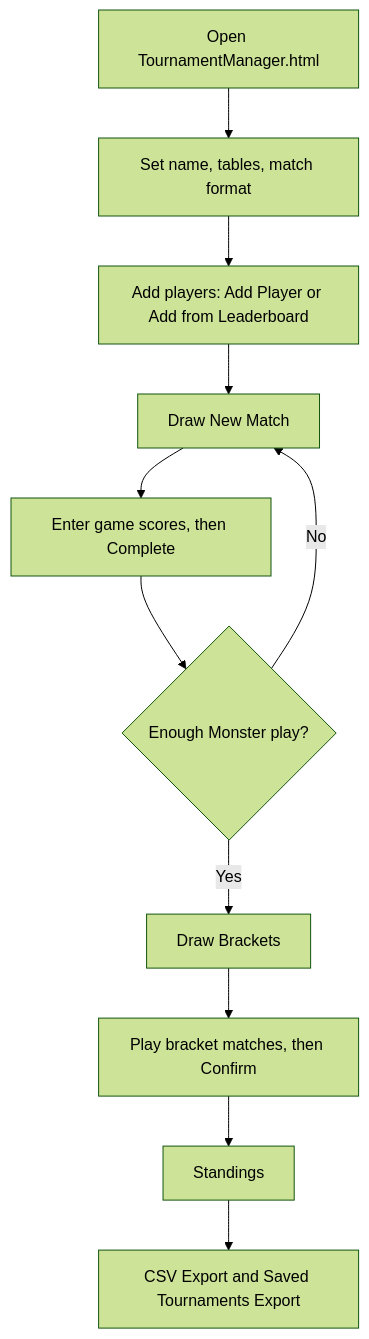
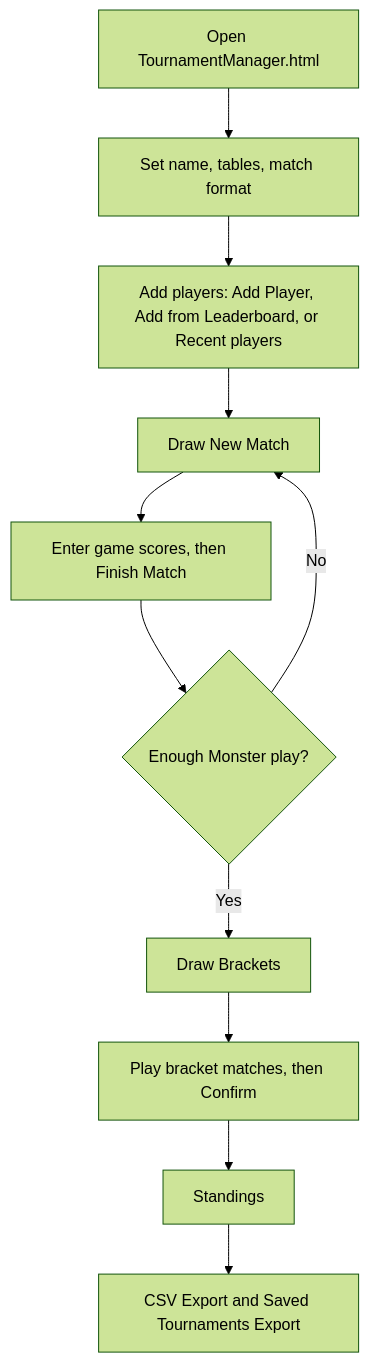
One commit to DT209/foos-tourney changed the second of 5 diagrams in README.md. Above: the diagram before and after it, drawn with Mermaid (forest theme). The commit also changed other lines of this file and 1 other file, not shown here.

Commit message:
Update diagrams for recent players and data validation
README: Roster in the feature map lists recent players; the tournament
night flow mentions them and names the real button (Finish Match, not
'Complete').

Flow.md: page load shows recentTournamentPlayers (memoized) and
knownPlayers; persistence shows the shared readTournamentRecords helper
and that imports with an invalid field are rejected; new 'Adding
players' section covers suggestions, the add-player check, the guest
prompt and the picker's Recent players section. All 15 diagrams render
with mermaid-cli.

````diff
--- a/README.md
+++ b/README.md
@@ -41,13 +42,13 @@
 ```mermaid
 flowchart TD
     A["Open TournamentManager.html"] --> B["Set name, tables, match format"]
-    B --> C["Add players: Add Player or Add from Leaderboard"]
+    B --> C["Add players: Add Player, Add from Leaderboard, or Recent players"]
     C --> D["Draw New Match"]
-    D --> E["Enter game scores, then Complete"]
+    D --> E["Enter game scores, then Finish Match"]
     E --> F{"Enough Monster play?"}
     F -- No --> D
     F -- Yes --> G["Draw Brackets"]
     G --> H["Play bracket matches, then Confirm"]
     H --> I["Standings"]
     I --> J["CSV Export and Saved Tournaments Export"]
 ```
````
